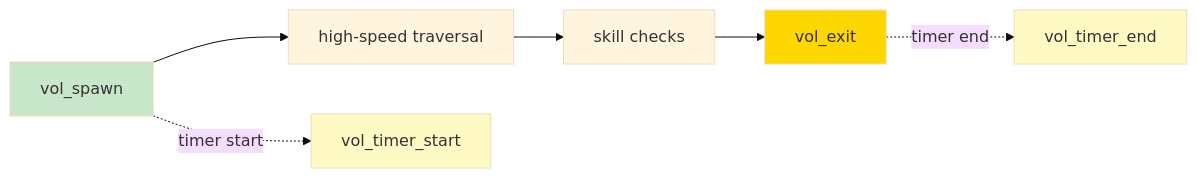
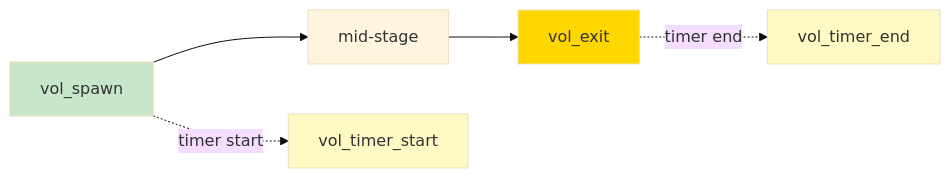
One commit to hiroxpepe/briko changed diagram 30 of 39 in docs/briko_spec.md. Above: the diagram before and after it, drawn with Mermaid (base theme). The commit also changed other lines of this file and 25 other files, not shown here.

````diff
--- a/docs/briko_spec.md
+++ b/docs/briko_spec.md
@@ -1307,14 +1288,13 @@
 ```mermaid
 graph LR
-    Spawn[vol_spawn] --> Fast[high-speed traversal]
-    Fast --> Skill[skill checks]
-    Skill --> Goal[vol_exit]
+    Spawn[vol_spawn] --> Mid[mid-stage]
+    Mid --> Goal[vol_exit]
 
     Spawn -.timer start.-> T[vol_timer_start]
     Goal -.timer end.-> TE[vol_timer_end]
 
     style Spawn fill:#c8e6c9
     style Goal fill:#ffd700
     style T fill:#fff9c4
     style TE fill:#fff9c4
 ```
````
